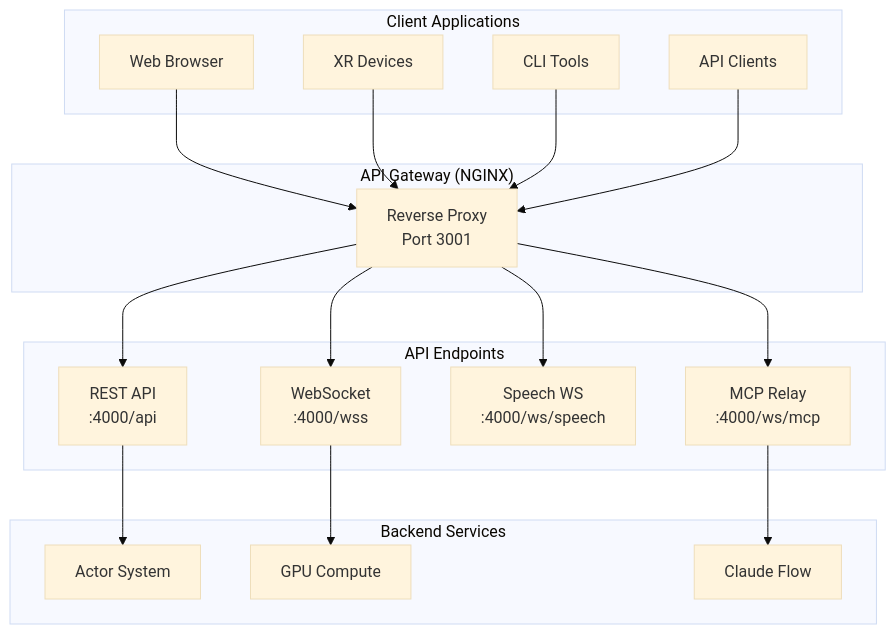
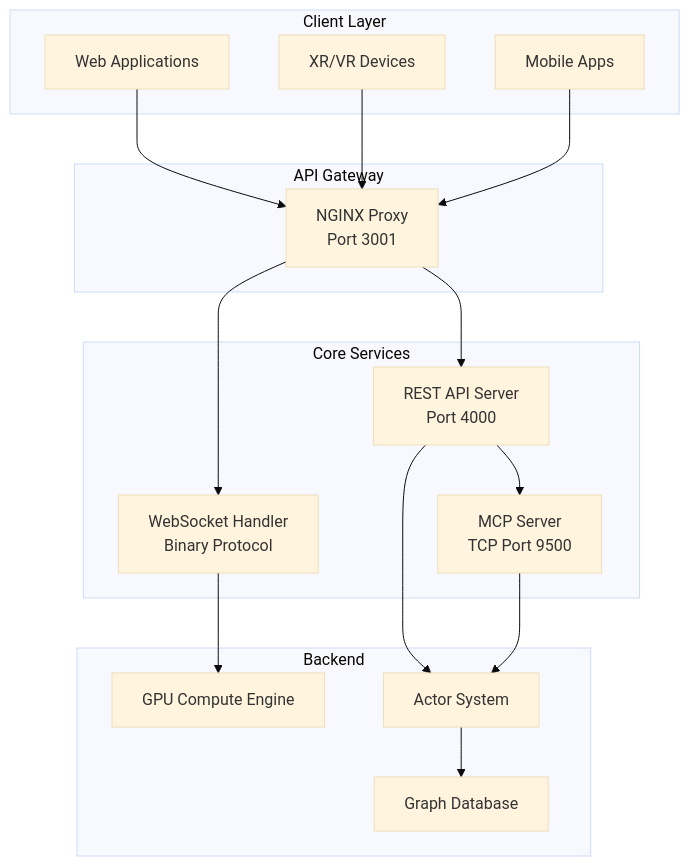
One commit to DreamLab-AI/VisionFlow changed the first of 2 diagrams in docs/api/index.md. Above: the diagram before and after it, drawn with Mermaid (base theme). The commit also changed other lines of this file and 40 other files, not shown here.

````diff
--- a/docs/api/index.md
+++ b/docs/api/index.md
@@ -30,40 +34,38 @@
 ```mermaid
 graph TB
-    subgraph "Client Applications"
-        Web[Web Browser]
-        XR[XR Devices]
-        CLI[CLI Tools]
-        API[API Clients]
+    subgraph "Client Layer"
+        Web[Web Applications]
+        XR[XR/VR Devices]
+        Mobile[Mobile Apps]
     end
-    
-    subgraph "API Gateway (NGINX)"
-        Proxy[Reverse Proxy<br/>Port 3001]
+
+    subgraph "API Gateway"
+        Proxy[NGINX Proxy<br/>Port 3001]
     end
-    
-    subgraph "API Endpoints"
-        REST[REST API<br/>:4000/api]
-        WS[WebSocket<br/>:4000/wss]
-        Speech[Speech WS<br/>:4000/ws/speech]
-        MCP[MCP Relay<br/>:4000/ws/mcp]
+
+    subgraph "Core Services"
+        REST[REST API Server<br/>Port 4000]
+        WS[WebSocket Handler<br/>Binary Protocol]
+        MCP[MCP Server<br/>TCP Port 9500]
     end
-    
-    subgraph "Backend Services"
+
+    subgraph "Backend"
+        GPU[GPU Compute Engine]
         Actors[Actor System]
-        GPU[GPU Compute]
-        CF[Claude Flow]
+        DB[Graph Database]
     end
-    
+
     Web --> Proxy
     XR --> Proxy
-    CLI --> Proxy
-    API --> Proxy
-    
+    Mobile --> Proxy
+
     Proxy --> REST
     Proxy --> WS
-    Proxy --> Speech
-    Proxy --> MCP
-    
+    REST --> MCP
+
     REST --> Actors
     WS --> GPU
-    MCP --> CF
+    MCP --> Actors
+
+    Actors --> DB
 ```
````
